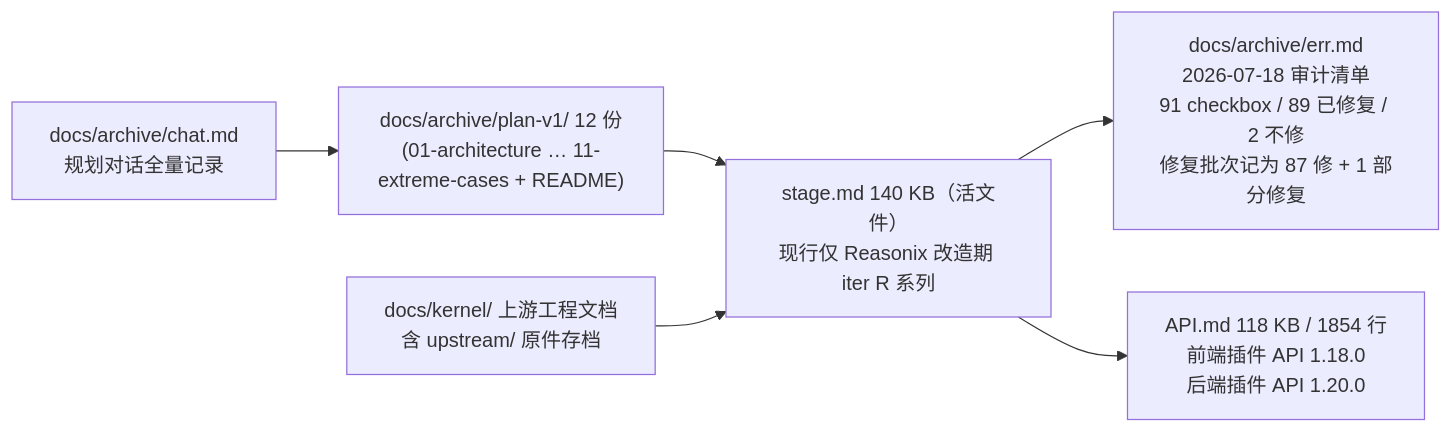
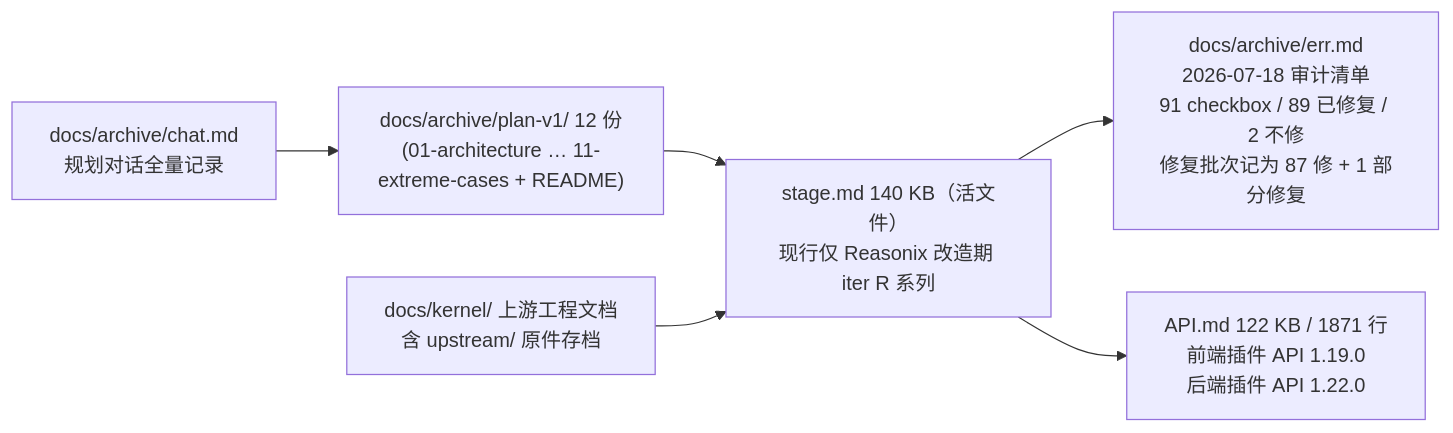
The diagram in note/11-周边与工程化.md (hershate/Deep-tutor), drawn with Mermaid before and after one commit. The commit also changed other lines of this file and 12 other files, not shown here.

````diff
--- a/note/11-周边与工程化.md
+++ b/note/11-周边与工程化.md
@@ -128,8 +128,8 @@
 ```mermaid
 flowchart LR
     CHAT["docs/archive/chat.md<br/>规划对话全量记录"] --> PLAN["docs/archive/plan-v1/ 12 份<br/>(01-architecture … 11-extreme-cases + README)"]
     PLAN --> STAGE["stage.md 140 KB（活文件）<br/>现行仅 Reasonix 改造期 iter R 系列"]
     STAGE --> ERR["docs/archive/err.md<br/>2026-07-18 审计清单<br/>91 checkbox / 89 已修复 / 2 不修<br/>修复批次记为 87 修 + 1 部分修复"]
-    STAGE --> DOC["API.md 118 KB / 1854 行<br/>前端插件 API 1.18.0<br/>后端插件 API 1.20.0"]
+    STAGE --> DOC["API.md 122 KB / 1871 行<br/>前端插件 API 1.19.0<br/>后端插件 API 1.22.0"]
     KERNEL["docs/kernel/ 上游工程文档<br/>含 upstream/ 原件存档"] --> STAGE
 ```
````
